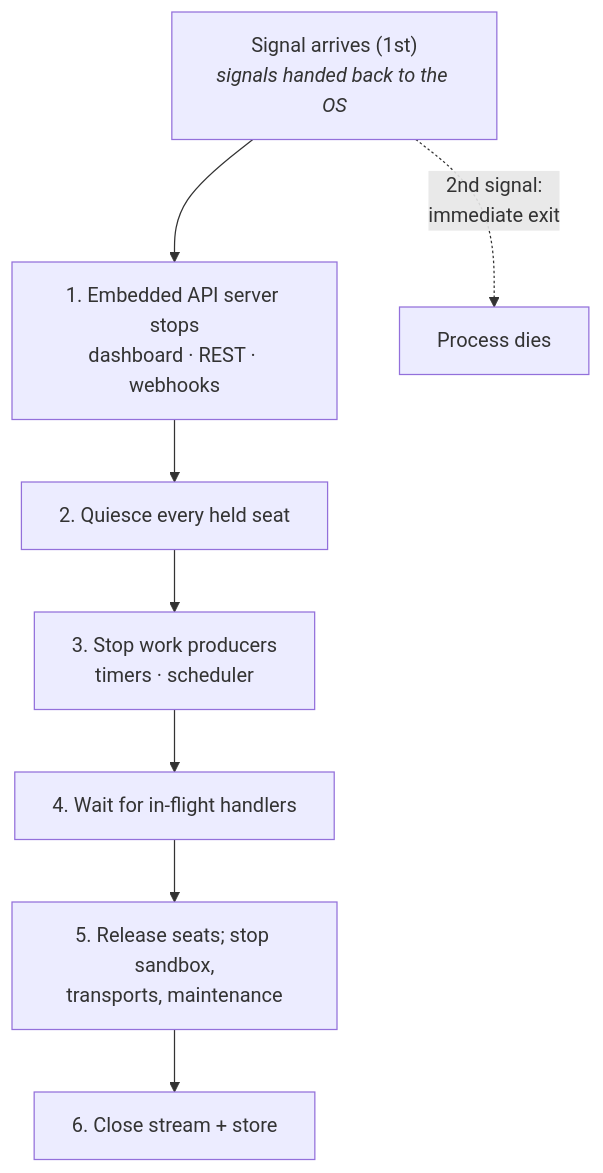
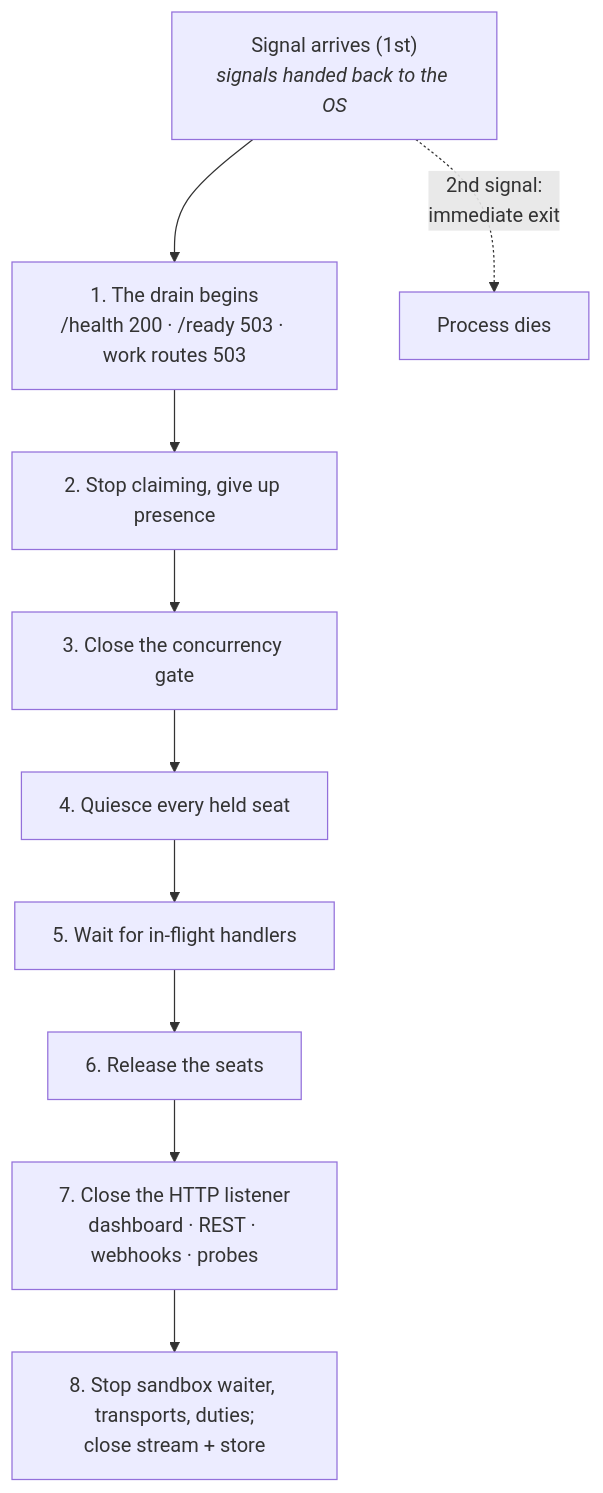
Before and after one commit to crewlet/crewlet: the fourth of 4 diagrams in docs/concepts/agent-runtime.md, drawn with Mermaid. The commit also changed other lines of this file and 9 other files, not shown here.

````diff
--- a/docs/concepts/agent-runtime.md
+++ b/docs/concepts/agent-runtime.md
@@ -236,11 +236,13 @@
 ```mermaid
 flowchart TD
-    SIG["Signal arrives (1st)<br/><i>signals handed back to the OS</i>"] --> S0
-    S0["1. Embedded API server stops<br/>dashboard · REST · webhooks"] --> S1
-    S1["2. Quiesce every held seat"] --> S2
-    S2["3. Stop work producers<br/>timers · scheduler"] --> S3
-    S3["4. Wait for in-flight handlers"] --> S4
-    S4["5. Release seats; stop sandbox,<br/>transports, maintenance"] --> S5
-    S5["6. Close stream + store"]
+    SIG["Signal arrives (1st)<br/><i>signals handed back to the OS</i>"] --> S1
+    S1["1. The drain begins<br/>/health 200 · /ready 503 · work routes 503"] --> S2
+    S2["2. Stop claiming, give up presence"] --> S3
+    S3["3. Close the concurrency gate"] --> S4
+    S4["4. Quiesce every held seat"] --> S5
+    S5["5. Wait for in-flight handlers"] --> S6
+    S6["6. Release the seats"] --> S7
+    S7["7. Close the HTTP listener<br/>dashboard · REST · webhooks · probes"] --> S8
+    S8["8. Stop sandbox waiter, transports, duties;<br/>close stream + store"]
     SIG -.->|"2nd signal:<br/>immediate exit"| X["Process dies"]
 ```
````
